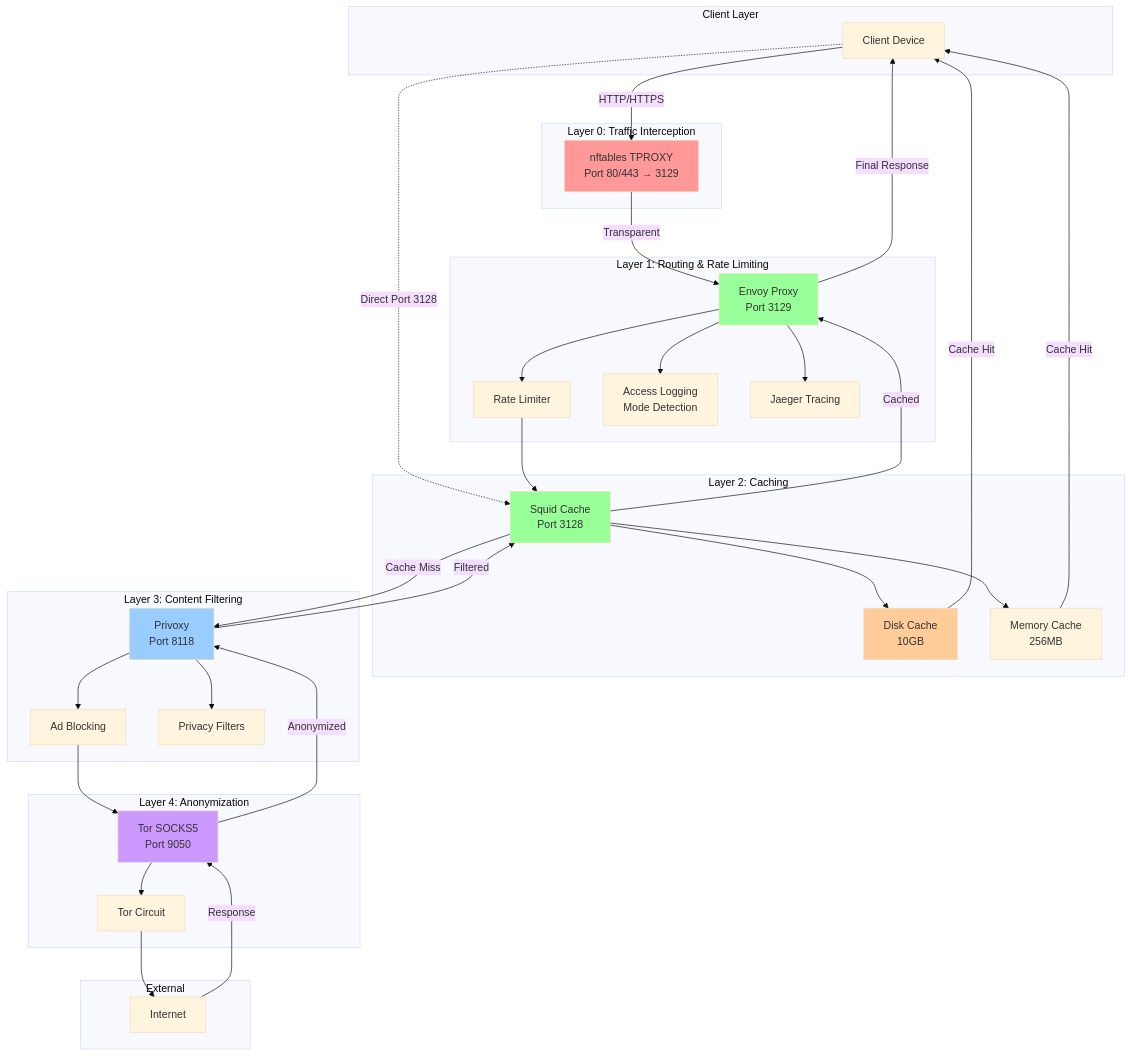
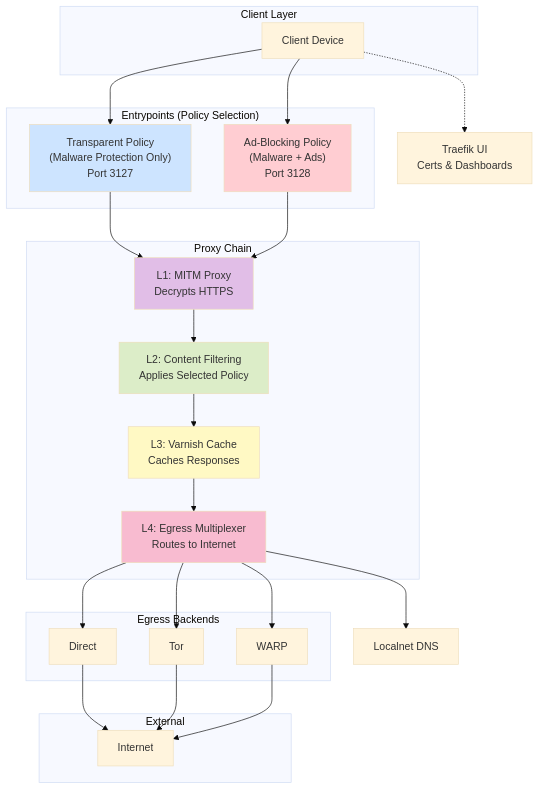
Before and after one commit to levonk/infrahub: the first of 2 diagrams in apps/active/devops/localnet/internal-docs/diagrams/04-web-proxy-flow.md, drawn with Mermaid (base theme). The commit also changed other lines of this file and 10 other files, not shown here.

Commit message:
doc(localnet) flesh out the web proxy ideas

````diff
--- a/apps/active/devops/localnet/internal-docs/diagrams/04-web-proxy-flow.md
+++ b/apps/active/devops/localnet/internal-docs/diagrams/04-web-proxy-flow.md
@@ -5,74 +9,60 @@
 ```mermaid
-graph TB
+graph TD
     subgraph "Client Layer"
         Client[Client Device]
     end
-    
-    subgraph "Layer 0: Traffic Interception"
-        nftables[nftables TPROXY<br/>Port 80/443 → 3129]
+
+    subgraph "Entrypoints (Policy Selection)"
+        Transparent["Transparent Policy<br/>(Malware Protection Only)<br/>Port 3127"]
+        AdBlocking["Ad-Blocking Policy<br/>(Malware + Ads)<br/>Port 3128"]
     end
-    
-    subgraph "Layer 1: Routing & Rate Limiting"
-        Envoy[Envoy Proxy<br/>Port 3129]
-        RateLimit[Rate Limiter]
-        AccessLog[Access Logging<br/>Mode Detection]
-        Tracing[Jaeger Tracing]
+
+    subgraph "Proxy Chain"
+        MITM[L1: MITM Proxy<br/>Decrypts HTTPS]
+        Filtering[L2: Content Filtering<br/>Applies Selected Policy]
+        Caching[L3: Varnish Cache<br/>Caches Responses]
+        Gost[L4: Egress Multiplexer<br/>Routes to Internet]
     end
-    
-    subgraph "Layer 2: Caching"
-        Squid[Squid Cache<br/>Port 3128]
-        DiskCache[Disk Cache<br/>10GB]
-        MemCache[Memory Cache<br/>256MB]
+
+    subgraph "Egress Backends"
+        Direct[Direct]
+        Tor[Tor]
+        WARP[WARP]
     end
-    
-    subgraph "Layer 3: Content Filtering"
-        Privoxy[Privoxy<br/>Port 8118]
-        AdBlock[Ad Blocking]
-        Privacy[Privacy Filters]
-    end
-    
-    subgraph "Layer 4: Anonymization"
-        Tor[Tor SOCKS5<br/>Port 9050]
-        Circuit[Tor Circuit]
-    end
-    
+
     subgraph "External"
         Internet[Internet]
     end
+
+    %% Connections
+    Client --> Transparent
+    Client --> AdBlocking
+    Transparent --> MITM
+    AdBlocking --> MITM
     
-    Client -->|HTTP/HTTPS| nftables
-    nftables -->|Transparent| Envoy
-    Client -.->|Direct Port 3128| Squid
+    MITM --> Filtering
+    Filtering --> Caching
+    Caching --> Gost
     
-    Envoy --> RateLimit
-    Envoy --> AccessLog
-    Envoy --> Tracing
-    RateLimit --> Squid
+    Gost --> Direct
+    Gost --> Tor
+    Gost --> WARP
     
-    Squid --> DiskCache
-    Squid --> MemCache
-    DiskCache -->|Cache Hit| Client
-    MemCache -->|Cache Hit| Client
-    
-    Squid -->|Cache Miss| Privoxy
-    
-    Privoxy --> AdBlock
-    Privoxy --> Privacy
-    AdBlock --> Tor
-    
-    Tor --> Circuit
-    Circuit --> Internet
-    
-    Internet -->|Response| Tor
-    Tor -->|Anonymized| Privoxy
-    Privoxy -->|Filtered| Squid
-    Squid -->|Cached| Envoy
-    Envoy -->|Final Response| Client
-    
-    style nftables fill:#ff9999
-    style Envoy fill:#99ff99
-    style Squid fill:#99ff99
-    style Privoxy fill:#99ccff
-    style Tor fill:#cc99ff
-    style DiskCache fill:#ffcc99
+    Direct --> Internet
+    Tor --> Internet
+    WARP --> Internet
+
+    %% Management & DNS
+    Traefik[Traefik UI<br/>Certs & Dashboards]
+    Client -.-> Traefik
+    DNS[Localnet DNS]
+    Gost --> DNS
+
+    %% Styling
+    style Transparent fill:#cde4ff
+    style AdBlocking fill:#ffcdd2
+    style MITM fill:#e1bee7
+    style Filtering fill:#dcedc8
+    style Caching fill:#fff9c4
+    style Gost fill:#f8bbd0
 ```
````
